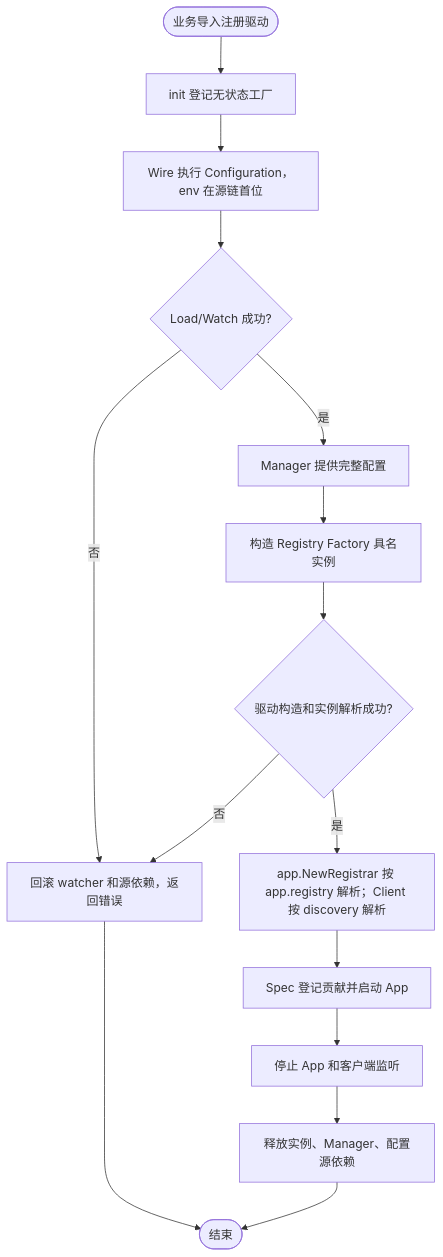
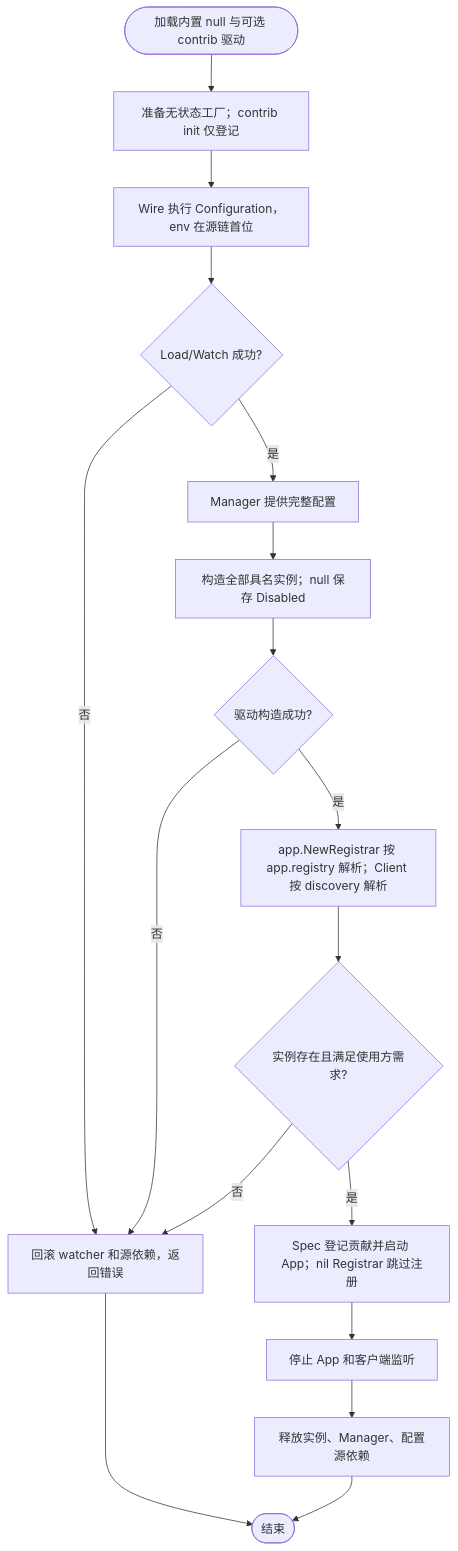
The fifth of 6 diagrams in pkg/bootstrap/README.md (jaggerzhuang1994/kratos-foundation), drawn with Mermaid before and after one commit. The commit also changed other lines of this file and 59 other files, not shown here.

Commit message:
feat: add null registry driver and inherit tracing defaults

````diff
--- a/pkg/bootstrap/README.md
+++ b/pkg/bootstrap/README.md
@@ -234,17 +236,19 @@
 ```mermaid
 flowchart TD
- A([业务导入注册驱动]) --> B[init 登记无状态工厂]
+ A([加载内置 null 与可选 contrib 驱动]) --> B[准备无状态工厂；contrib init 仅登记]
  B --> C[Wire 执行 Configuration，env 在源链首位]
  C --> D{Load/Watch 成功?}
  D -- 否 --> X[回滚 watcher 和源依赖，返回错误]
  D -- 是 --> E[Manager 提供完整配置]
- E --> F[构造 Registry Factory 具名实例]
- F --> G{驱动构造和实例解析成功?}
+ E --> F[构造全部具名实例；null 保存 Disabled]
+ F --> G{驱动构造成功?}
  G -- 否 --> X
  G -- 是 --> H[app.NewRegistrar 按 app.registry 解析；Client 按 discovery 解析]
- H --> I[Spec 登记贡献并启动 App]
+ H --> H1{实例存在且满足使用方需求?}
+ H1 -- 否 --> X
+ H1 -- 是 --> I[Spec 登记贡献并启动 App；nil Registrar 跳过注册]
  I --> J[停止 App 和客户端监听]
  J --> K[释放实例、Manager、配置源依赖]
  K --> L([结束])
  X --> L
 ```
````
